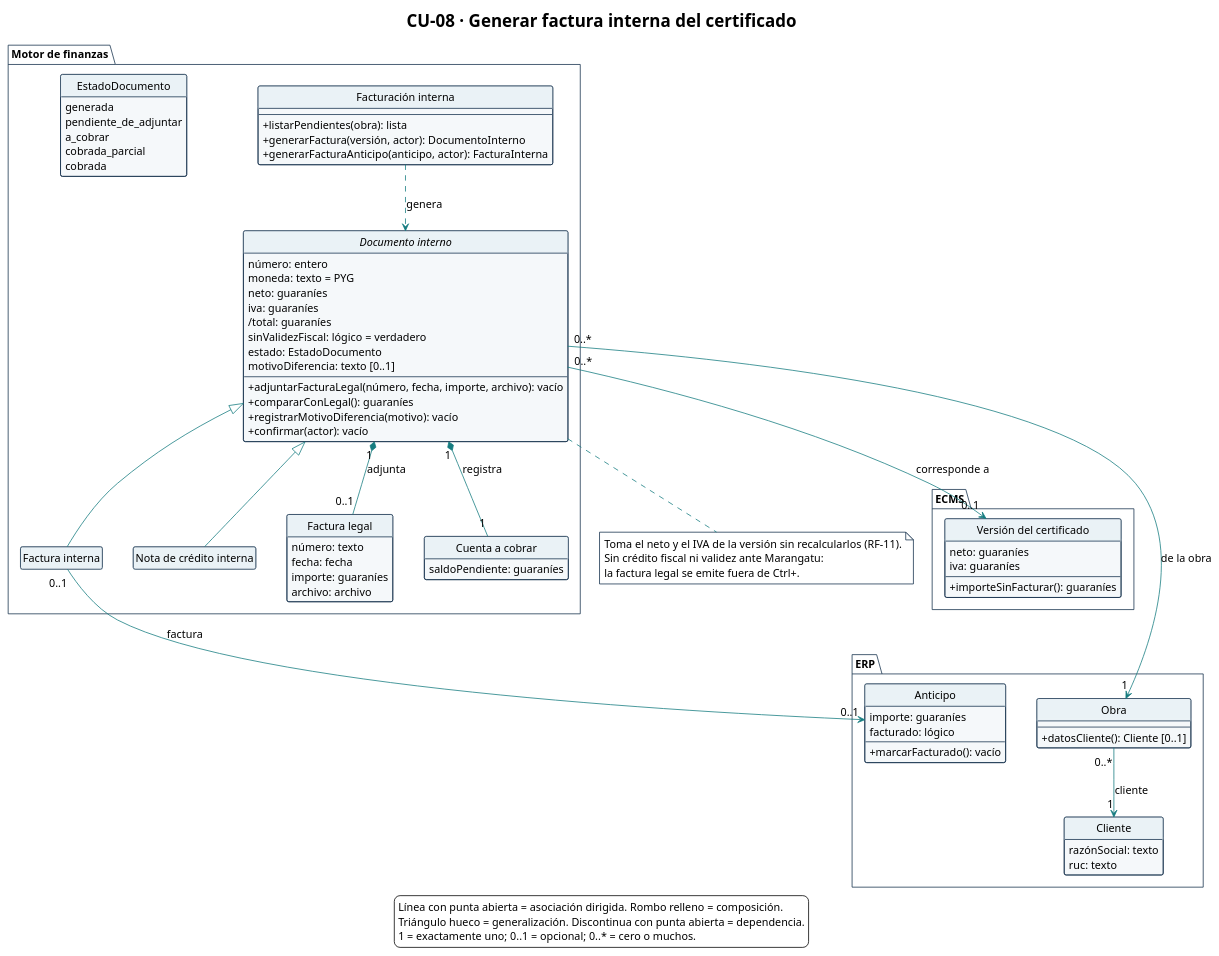
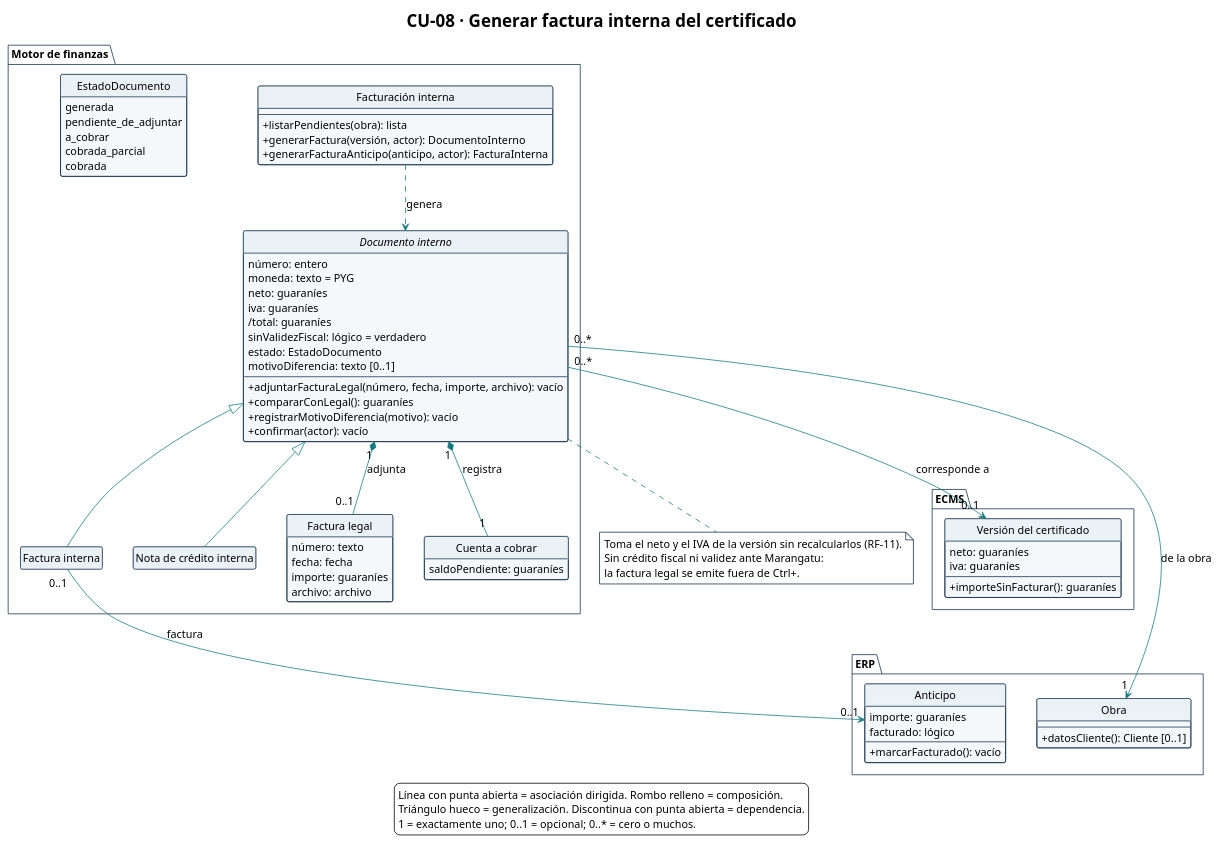
Before and after one commit to Ssrrb/tpf-uca: the diagram in diagramas/CU-08-clases.puml, drawn with PlantUML. The commit also changed 11 other files, not shown here.

```diff
--- a/diagramas/CU-08-clases.puml
+++ b/diagramas/CU-08-clases.puml
@@ -1,124 +1,118 @@
 @startuml
 !theme plain
 skinparam style strictuml
 title CU-08 · Generar factura interna del certificado
 hide circle
 hide empty methods
 hide empty fields
 skinparam shadowing false
 skinparam classAttributeIconSize 0
 skinparam defaultFontName Arial
 skinparam defaultFontSize 14
 skinparam nodesep 40
 skinparam ranksep 50
 skinparam ArrowColor #167C80
 skinparam class {
   BackgroundColor #F5F8FA
   BorderColor #17324D
   HeaderBackgroundColor #EAF2F6
 }
 skinparam package {
   BackgroundColor #FFFFFF
   BorderColor #17324D
 }
 skinparam note {
   BackgroundColor #FFFFFF
   BorderColor #17324D
 }
 package "Motor de finanzas" {
   class "Facturación interna" as Facturacion {
     --
     + listarPendientes(obra): lista
     + generarFactura(versión, actor): DocumentoInterno
     + generarFacturaAnticipo(anticipo, actor): FacturaInterna
   }
 
   enum EstadoDocumento {
     generada
     pendiente_de_adjuntar
     a_cobrar
     cobrada_parcial
     cobrada
   }
 
   abstract class "Documento interno" as DocumentoInterno {
     número: entero
     moneda: texto = PYG
     neto: guaraníes
     iva: guaraníes
     /total: guaraníes
     sinValidezFiscal: lógico = verdadero
     estado: EstadoDocumento
     motivoDiferencia: texto [0..1]
     --
     + adjuntarFacturaLegal(número, fecha, importe, archivo): vacío
     + compararConLegal(): guaraníes
     + registrarMotivoDiferencia(motivo): vacío
     + confirmar(actor): vacío
   }
 
   class "Factura interna" as FacturaInterna
   class "Nota de crédito interna" as NotaCreditoInterna
 
   class "Factura legal" as FacturaLegal {
     número: texto
     fecha: fecha
     importe: guaraníes
     archivo: archivo
   }
 
   class "Cuenta a cobrar" as CuentaACobrar {
     saldoPendiente: guaraníes
   }
 }
 
 package "ECMS" {
   class "Versión del certificado" as VersionCertificado {
     neto: guaraníes
     iva: guaraníes
     --
     + importeSinFacturar(): guaraníes
   }
 }
 
 package "ERP" {
   class Obra {
     --
     + datosCliente(): Cliente [0..1]
   }
 
   class Anticipo {
     importe: guaraníes
     facturado: lógico
     --
     + marcarFacturado(): vacío
   }
-
-  class Cliente {
-    razónSocial: texto
-    ruc: texto
-  }
 }
 
 DocumentoInterno <|-- FacturaInterna
 DocumentoInterno <|-- NotaCreditoInterna
 DocumentoInterno "0..*" --> "0..1" VersionCertificado : corresponde a
 FacturaInterna "0..1" --> "0..1" Anticipo : factura
 DocumentoInterno "1" *-- "0..1" FacturaLegal : adjunta
 DocumentoInterno "1" *-- "1" CuentaACobrar : registra
 DocumentoInterno "0..*" --> "1" Obra : de la obra
-Obra "0..*" --> "1" Cliente : cliente
 Facturacion ..> DocumentoInterno : genera
 
 note bottom of DocumentoInterno
   Toma el neto y el IVA de la versión sin recalcularlos (RF-11).
   Sin crédito fiscal ni validez ante Marangatu:
   la factura legal se emite fuera de Ctrl+.
 end note
 
 legend bottom
   Línea con punta abierta = asociación dirigida. Rombo relleno = composición.
   Triángulo hueco = generalización. Discontinua con punta abierta = dependencia.
   1 = exactamente uno; 0..1 = opcional; 0..* = cero o muchos.
 endlegend
 @enduml
```
